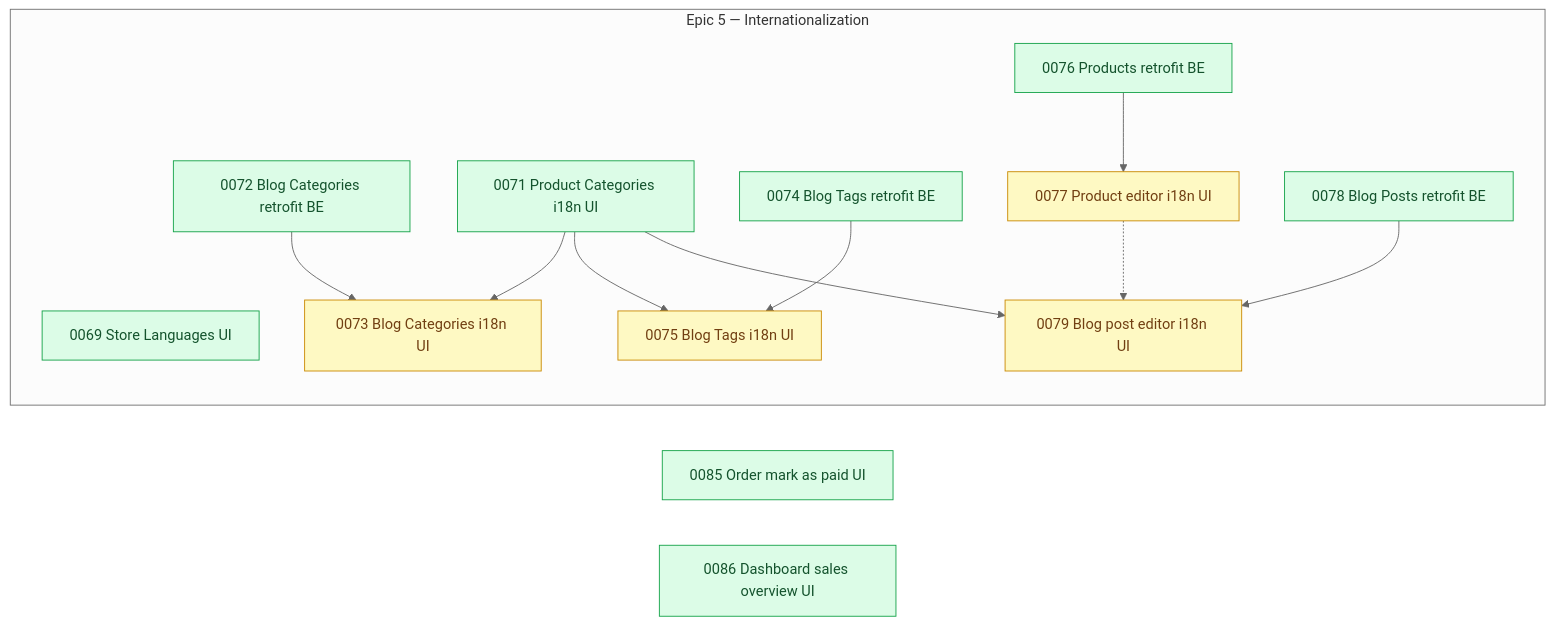
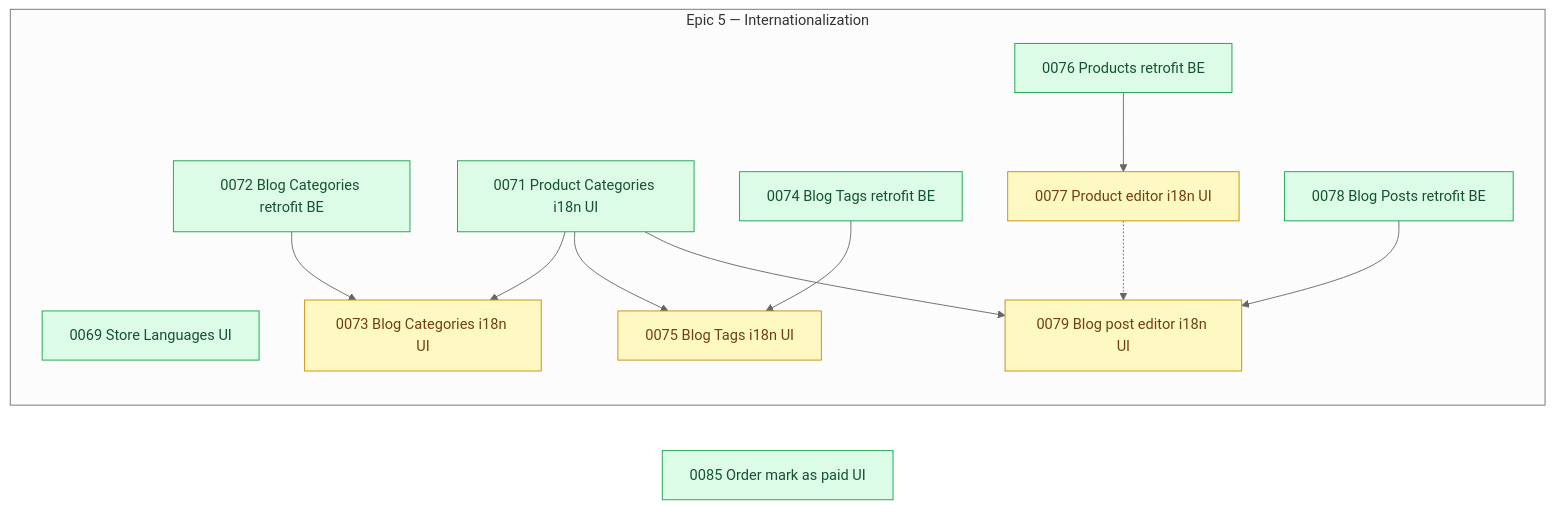
Before and after one commit to shojen/AI4Devs-finalproject: the diagram in arospe/ai-spec/tasks-map.md, drawn with Mermaid (neutral theme). The commit also changed other lines of this file and 3 other files, not shown here.

````diff
--- a/arospe/ai-spec/tasks-map.md
+++ b/arospe/ai-spec/tasks-map.md
@@ -533,7 +532,6 @@
     %% Standalone (no PRD epic)
     P0085["0085 Order mark as paid UI"]
     %% (P0082's own node dropped: 0082 closed to done/ this pass, per the update at the top of this file.)
-    P0086["0086 Dashboard sales overview UI"]
     %% (P0081's own node dropped: 0081 closed to done/ this pass, per the update at the top of this
     %% file. It had no incoming edge of its own -- no pending task named it as a depends_on blocker
     %% -- so removing it re-derives nothing further.)
@@ -606,5 +604,5 @@
     %% (P0083 -.-> P0085 and P0083 --> P0086 dropped: 0083 is done; 0086 is now ready.)
 
     class P0073,P0075,P0077,P0079 pending;
-    class P0069,P0071,P0072,P0074,P0076,P0078,P0085,P0086 ready;
+    class P0069,P0071,P0072,P0074,P0076,P0078,P0085 ready;
 ```
````
